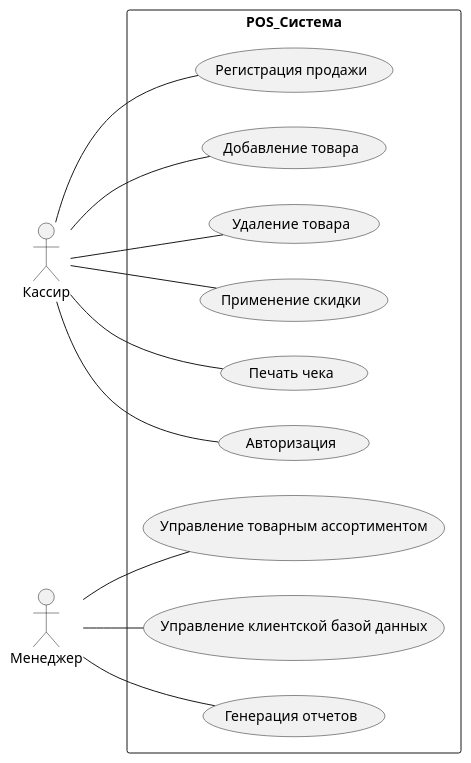
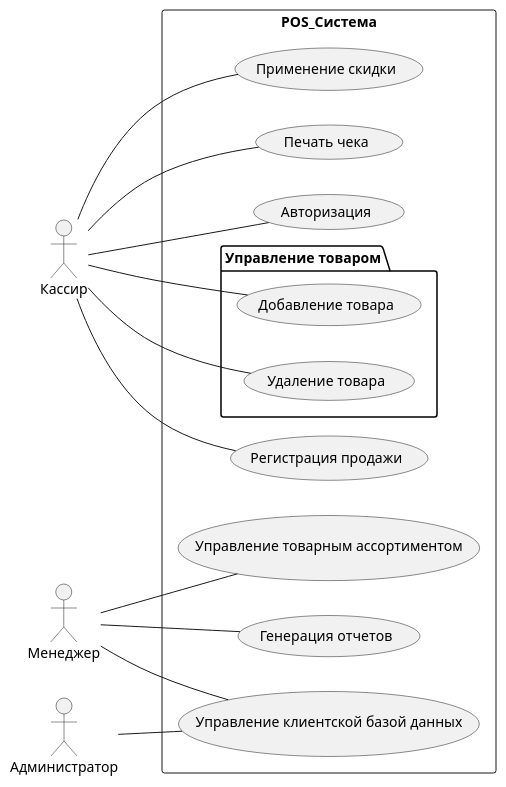
The first of 2 diagrams in Docs/POS.md (freyapero/POS), drawn with PlantUML before and after one commit. The commit also changed other lines of this file, not shown here.

````diff
--- a/Docs/POS.md
+++ b/Docs/POS.md
@@ -31,21 +28,25 @@
 ```plantuml
 @startuml
 left to right direction
 
 actor Кассир as cashier
 actor Менеджер as manager
+actor Администратор as admin
 
 rectangle POS_Система {
-  cashier -- (Регистрация продажи)
+package "Управление товаром" {
   cashier -- (Добавление товара)
   cashier -- (Удаление товара)
+}
+  cashier -- (Регистрация продажи)
   cashier -- (Применение скидки)
   cashier -- (Печать чека)
   cashier -- (Авторизация)
 
   manager -- (Управление товарным ассортиментом)
   manager -- (Управление клиентской базой данных)
   manager -- (Генерация отчетов)
+  admin -- (Управление клиентской базой данных)
 }
 @enduml
 ```
````
